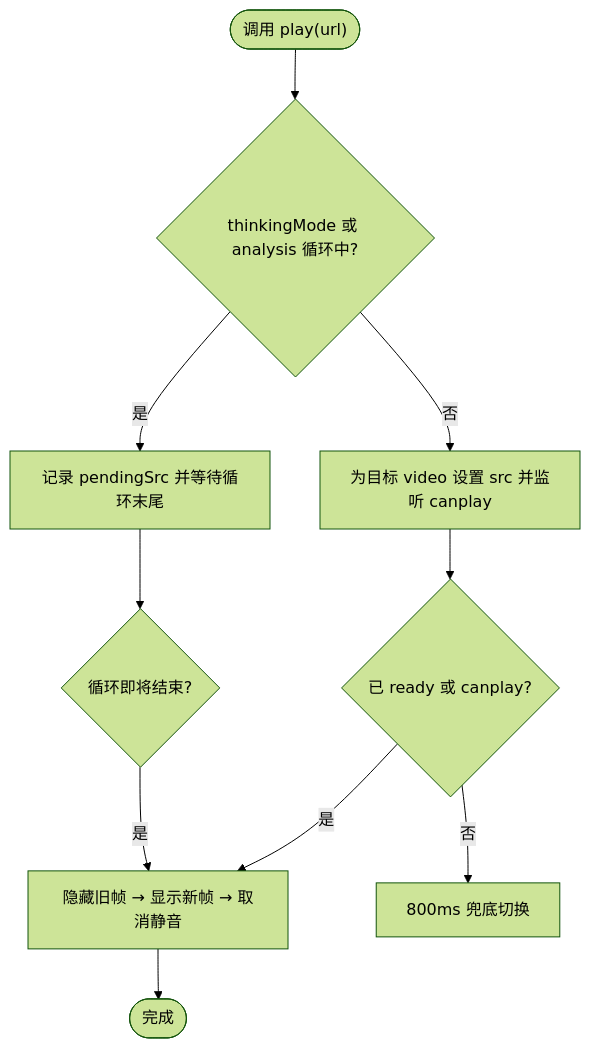
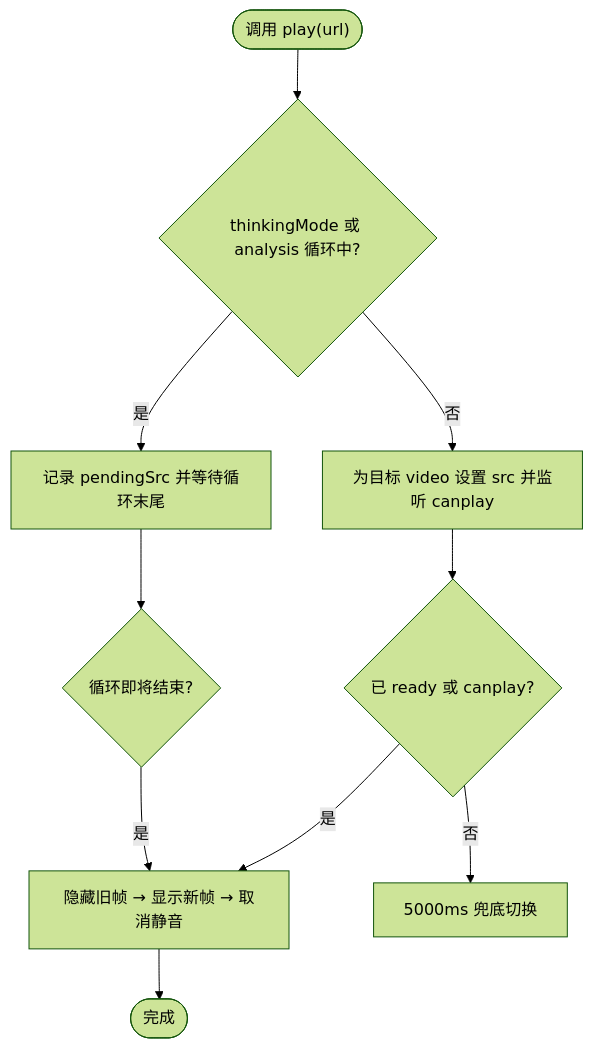
Before and after one commit to leo21cn/real-time-talk: the fourth of 7 diagrams in .qoder/repowiki/zh/content/前端应用/前端应用.md, drawn with Mermaid (forest theme). The commit also changed other lines of this file and 36 other files, not shown here.

````diff
--- a/.qoder/repowiki/zh/content/前端应用/前端应用.md
+++ b/.qoder/repowiki/zh/content/前端应用/前端应用.md
@@ -214,12 +254,12 @@
 ```mermaid
 flowchart TD
 Start(["调用 play(url)"]) --> CheckThink{"thinkingMode 或 analysis 循环中?"}
 CheckThink --> |是| Queue["记录 pendingSrc 并等待循环末尾"]
 CheckThink --> |否| Preload["为目标 video 设置 src 并监听 canplay"]
 Preload --> CanPlay{"已 ready 或 canplay?"}
 CanPlay --> |是| Switch["隐藏旧帧 → 显示新帧 → 取消静音"]
-CanPlay --> |否| Timeout["800ms 兜底切换"]
+CanPlay --> |否| Timeout["5000ms 兜底切换"]
 Queue --> LoopEnd{"循环即将结束?"}
 LoopEnd --> |是| Switch
 Switch --> End(["完成"])
 ```
````
